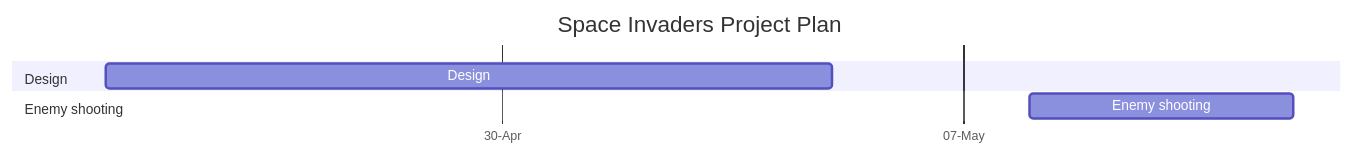
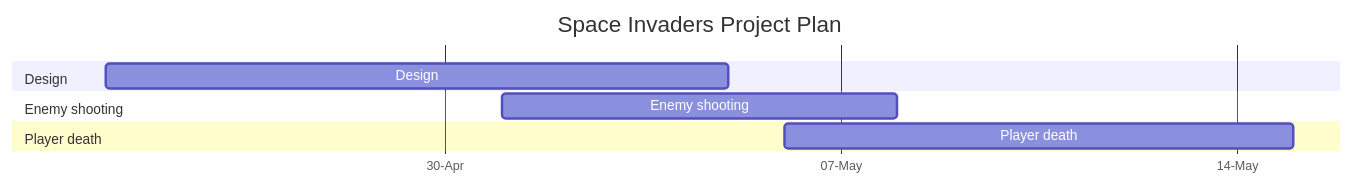
One commit to ConnorMCHARRY/SpaceInvaders changed the diagram in design.md. Above: the diagram before and after it, drawn with Mermaid.

Commit message:
design.md update 1

````diff
--- a/design.md
+++ b/design.md
@@ -17,13 +17,16 @@
 ```mermaid
 gantt
     title Space Invaders Project Plan
     dateFormat DD-MM-YY
     axisFormat %d-%b
     tickInterval 1week
 
     section Design
     Design: 24-04-23, 05-05-23
 
     section Enemy shooting
-    Enemy shooting: 08-05-23, 12-05-23
+    Enemy shooting: 01-05-23, 08-05-23
+
+    section Player death
+    Player death: 06-05-23, 15-05-23
 ```
````
